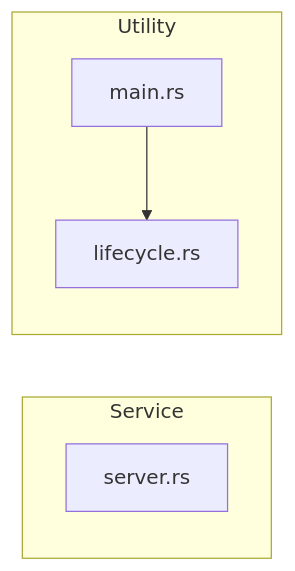
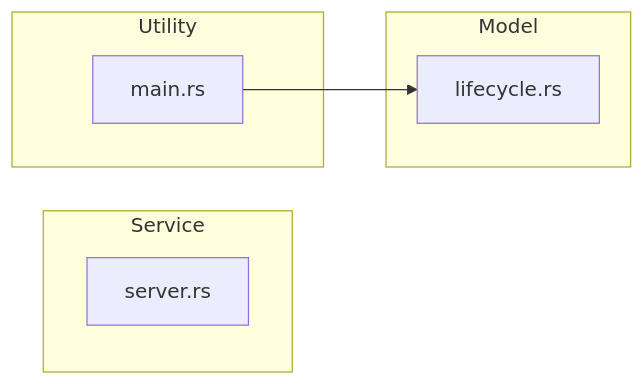
One commit to Mague/void-stack changed the seventh of 8 diagrams in void-stack-analysis.md. Above: the diagram before and after it, drawn with Mermaid. The commit also changed other lines of this file and 5 other files, not shown here.

````diff
--- a/void-stack-analysis.md
+++ b/void-stack-analysis.md
@@ -1309,11 +1310,13 @@
 ```mermaid
 graph LR
     subgraph service ["Service"]
         src_server_rs["server.rs"]
     end
+    subgraph model ["Model"]
+        src_lifecycle_rs["lifecycle.rs"]
+    end
     subgraph utility ["Utility"]
         src_main_rs["main.rs"]
-        src_lifecycle_rs["lifecycle.rs"]
     end
     src_main_rs --> src_lifecycle_rs
 ```
````
